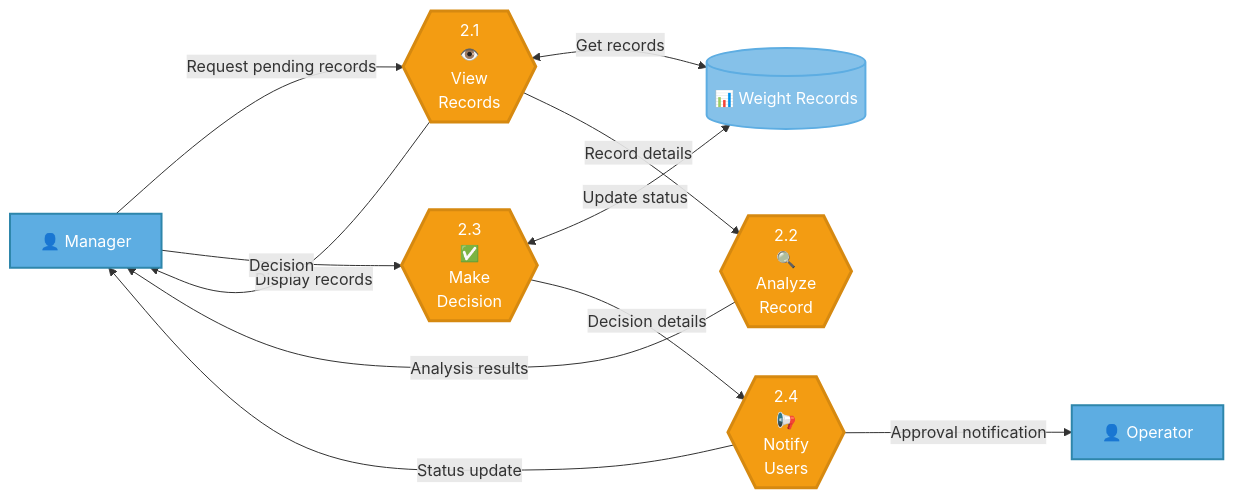
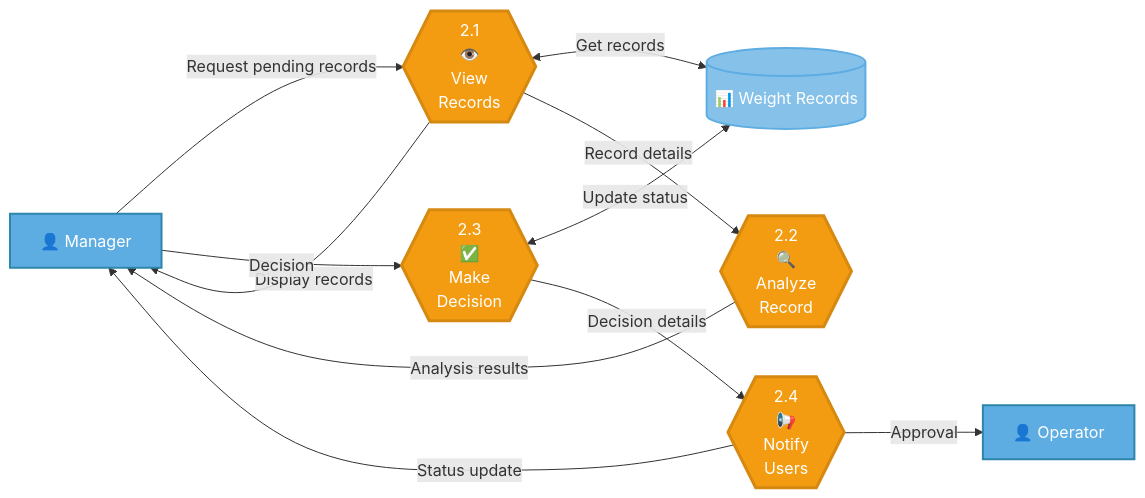
One commit to badadarr/veroscale-app changed the fourth of 9 diagrams in docs/visual-data-flow-diagrams.md. Above: the diagram before and after it, drawn with Mermaid. The commit also changed other lines of this file and 12 other files, not shown here.

````diff
--- a/docs/visual-data-flow-diagrams.md
+++ b/docs/visual-data-flow-diagrams.md
@@ -156,38 +155,38 @@
 ```mermaid
 graph LR
     %% External Entities
     MG[👤 Manager]
     OP[👤 Operator]
-    
+
     %% Sub-processes
     VR{{"2.1<br/>👁️<br/>View<br/>Records"}}
     AR{{"2.2<br/>🔍<br/>Analyze<br/>Record"}}
     MD{{"2.3<br/>✅<br/>Make<br/>Decision"}}
     NT{{"2.4<br/>📢<br/>Notify<br/>Users"}}
-    
+
     %% Data Store
     WDB[(📊 Weight Records)]
-    
+
     %% Data Flows
     MG -->|Request pending records| VR
     VR <-->|Get records| WDB
     VR -->|Display records| MG
     VR -->|Record details| AR
-    
+
     AR -->|Analysis results| MG
     MG -->|Decision| MD
     MD <-->|Update status| WDB
     MD -->|Decision details| NT
-    
-    NT -->|Approval notification| OP
+
+    NT -->|Approval| OP
     NT -->|Status update| MG
-    
+
     %% Styling
     classDef actor fill:#5DADE2,stroke:#2E86AB,stroke-width:2px,color:#fff
     classDef process fill:#F39C12,stroke:#D68910,stroke-width:3px,color:#fff
     classDef storage fill:#85C1E9,stroke:#5DADE2,stroke-width:2px,color:#fff
-    
+
     class MG,OP actor
     class VR,AR,MD,NT process
     class WDB storage
 ```
````
